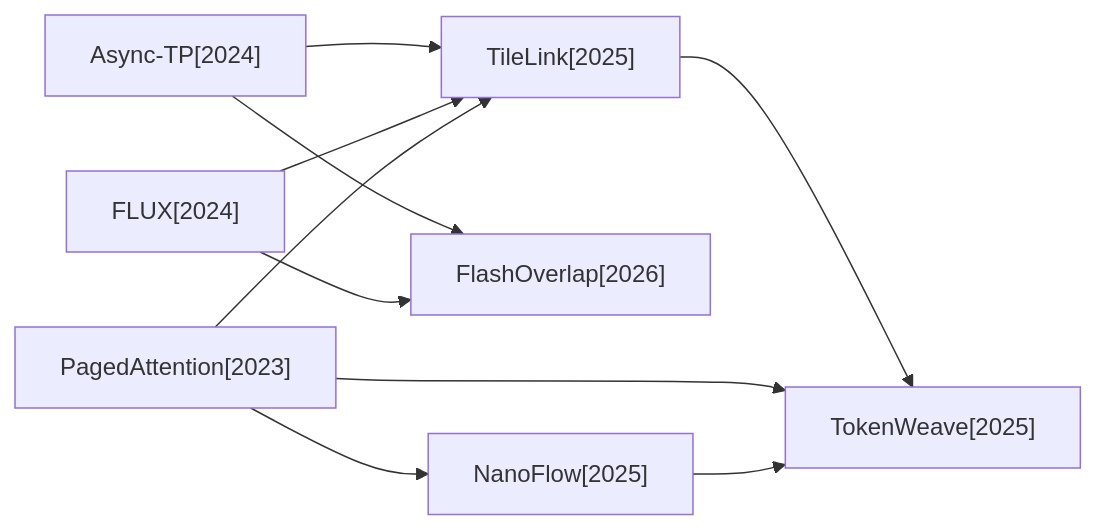
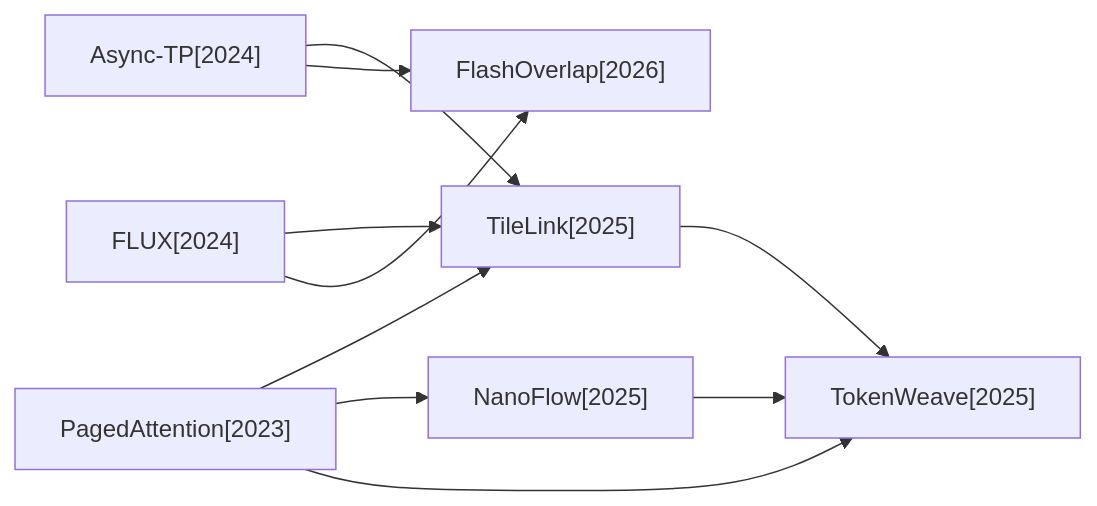
Before and after one commit to hustzxd/EfficientPaper: the first of 5 diagrams in docs/baseline_methods_graph.md, drawn with Mermaid. The commit also changed other lines of this file and 19 other files, not shown here.

````diff
--- a/docs/baseline_methods_graph.md
+++ b/docs/baseline_methods_graph.md
@@ -7,19 +7,19 @@
 ```mermaid
 flowchart LR
+    2026_FlashOverlap["FlashOverlap[2026]"]
     2024_Async_TP["Async-TP[2024]"]
+    2025_NanoFlow["NanoFlow[2025]"]
     2025_TileLink["TileLink[2025]"]
+    2023_PagedAttention["PagedAttention[2023]"]
     2024_FLUX["FLUX[2024]"]
-    2026_FlashOverlap["FlashOverlap[2026]"]
-    2023_PagedAttention["PagedAttention[2023]"]
     2025_TokenWeave["TokenWeave[2025]"]
-    2025_NanoFlow["NanoFlow[2025]"]
     2024_Async_TP --> 2025_TileLink
     2024_Async_TP --> 2026_FlashOverlap
+    2025_NanoFlow --> 2025_TokenWeave
     2025_TileLink --> 2025_TokenWeave
-    2024_FLUX --> 2025_TileLink
-    2024_FLUX --> 2026_FlashOverlap
     2023_PagedAttention --> 2025_TileLink
     2023_PagedAttention --> 2025_NanoFlow
     2023_PagedAttention --> 2025_TokenWeave
-    2025_NanoFlow --> 2025_TokenWeave
+    2024_FLUX --> 2025_TileLink
+    2024_FLUX --> 2026_FlashOverlap
 ```
````
